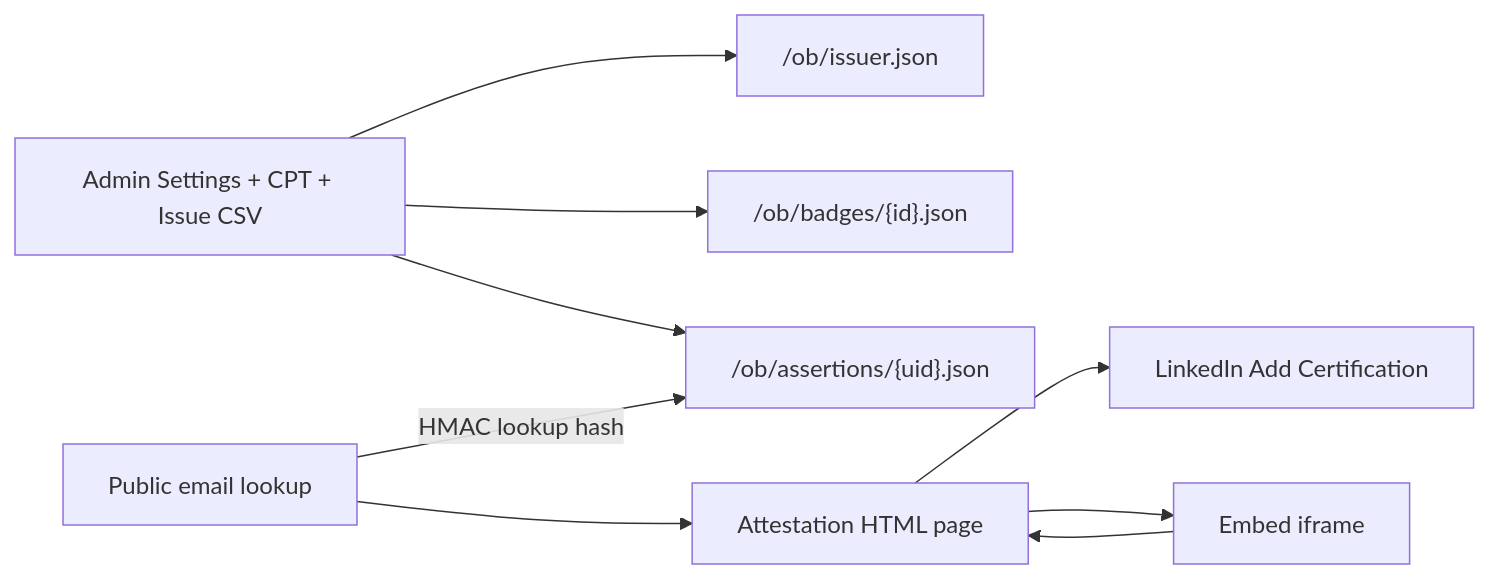
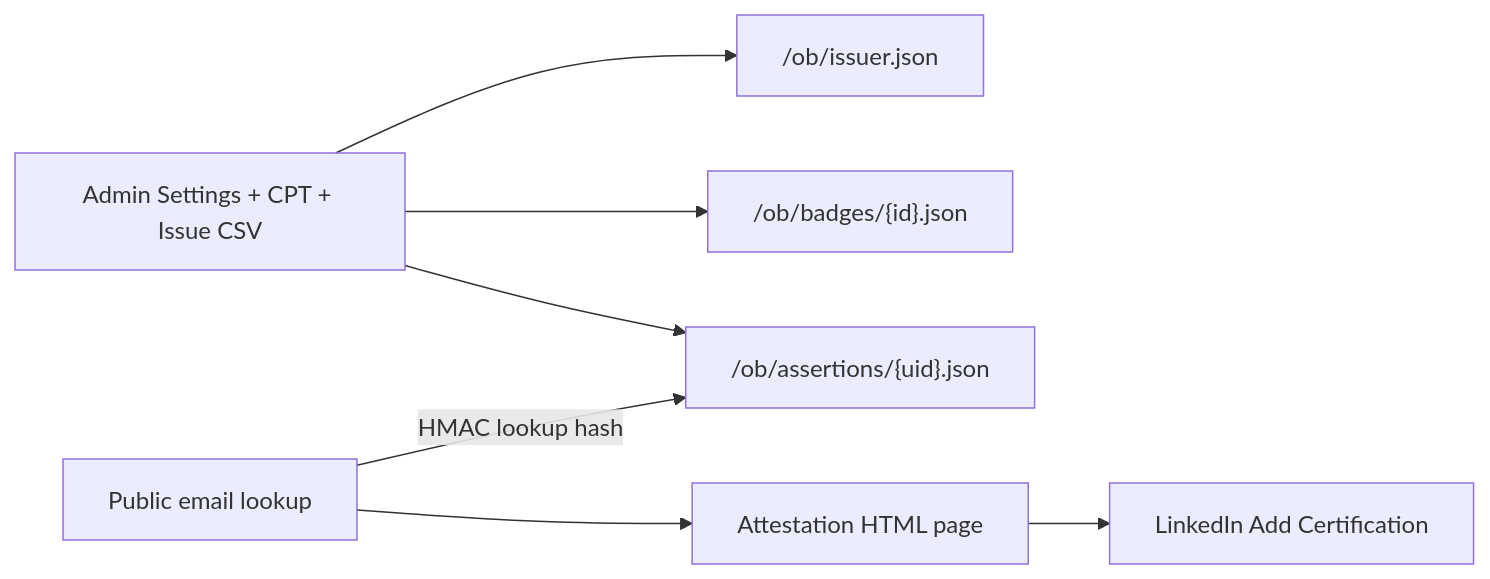
The diagram in README.md (Steve-Fenton/digital-badges), drawn with Mermaid before and after one commit. The commit also changed other lines of this file and 6 other files, not shown here.

````diff
--- a/README.md
+++ b/README.md
@@ -14,20 +14,17 @@
 ```mermaid
 flowchart LR
   Admin[Admin Settings + CPT + Issue CSV]
   IssuerJSON["/ob/issuer.json"]
   BadgeJSON["/ob/badges/{id}.json"]
   AssertJSON["/ob/assertions/{uid}.json"]
   Lookup[Public email lookup]
   Attest[Attestation HTML page]
-  Embed[Embed iframe]
   LinkedIn[LinkedIn Add Certification]
 
   Admin --> IssuerJSON
   Admin --> BadgeJSON
   Admin --> AssertJSON
   Lookup -->|"HMAC lookup hash"| AssertJSON
   Lookup --> Attest
   Attest --> LinkedIn
-  Attest --> Embed
-  Embed --> Attest
 ```
````
